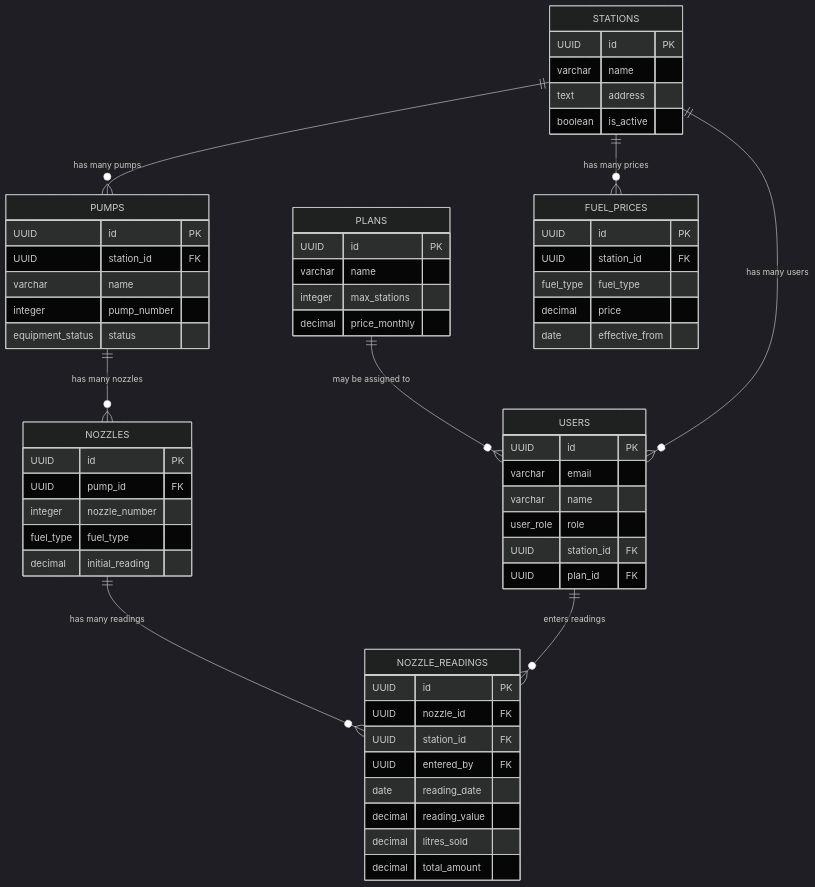
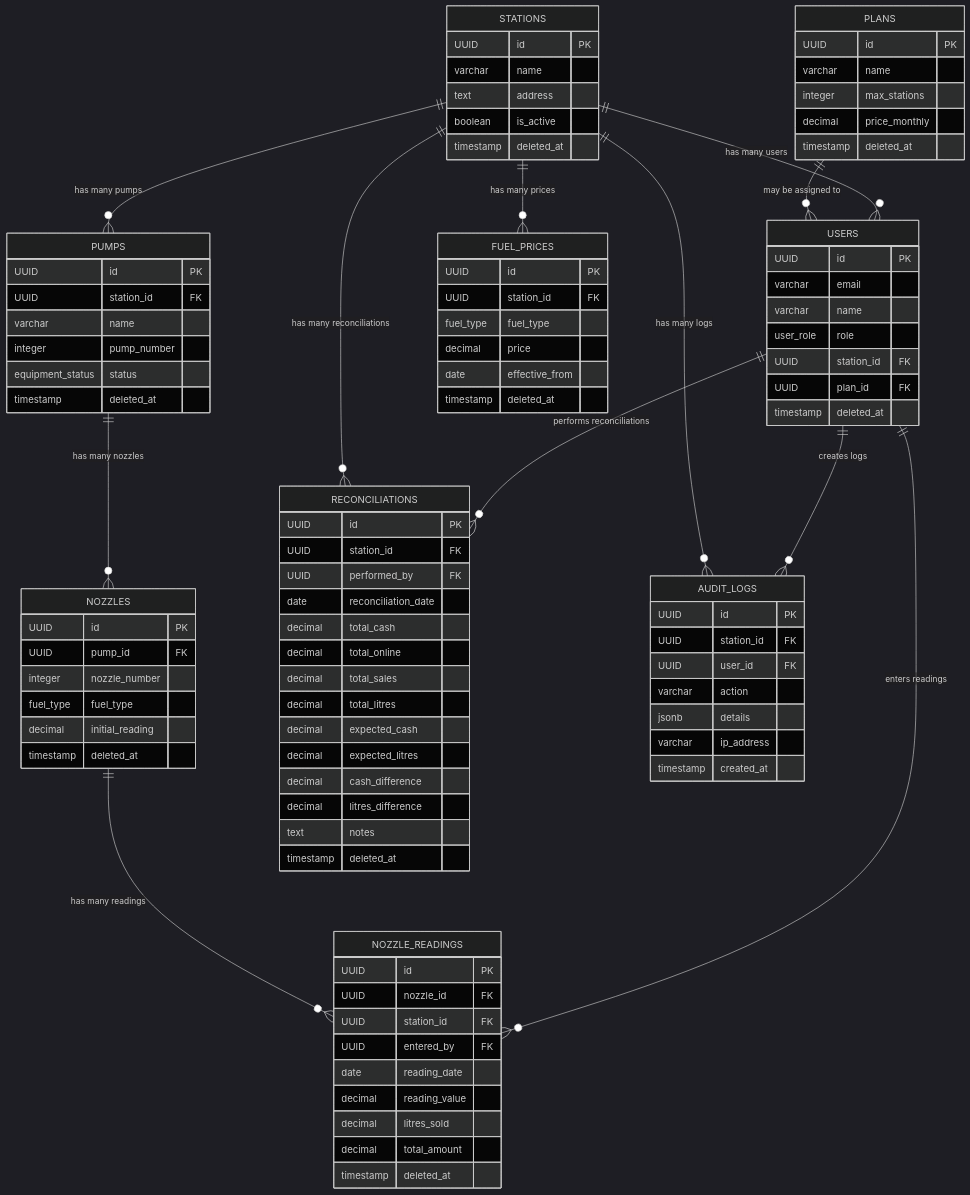
Before and after one commit to iamramakanthreddyk/fuelsync-new: the diagram in docs/ER_diagram.md, drawn with Mermaid (dark theme). The commit also changed other lines of this file and 18 other files, not shown here.

````diff
--- a/docs/ER_diagram.md
+++ b/docs/ER_diagram.md
@@ -5,6 +5,7 @@
         varchar name
         integer max_stations
         decimal price_monthly
+        timestamp deleted_at
     }
 
     STATIONS {
@@ -12,6 +13,7 @@
         varchar name
         text address
         boolean is_active
+        timestamp deleted_at
     }
 
     USERS {
@@ -21,6 +23,7 @@
         user_role role
         UUID station_id FK
         UUID plan_id FK
+        timestamp deleted_at
     }
 
     PUMPS {
@@ -29,6 +32,7 @@
         varchar name
         integer pump_number
         equipment_status status
+        timestamp deleted_at
     }
 
     NOZZLES {
@@ -37,6 +41,7 @@
         integer nozzle_number
         fuel_type fuel_type
         decimal initial_reading
+        timestamp deleted_at
     }
 
     FUEL_PRICES {
@@ -45,6 +50,7 @@
         fuel_type fuel_type
         decimal price
         date effective_from
+        timestamp deleted_at
     }
 
     NOZZLE_READINGS {
@@ -56,6 +62,34 @@
         decimal reading_value
         decimal litres_sold
         decimal total_amount
+        timestamp deleted_at
+    }
+
+    RECONCILIATIONS {
+        UUID id PK
+        UUID station_id FK
+        UUID performed_by FK
+        date reconciliation_date
+        decimal total_cash
+        decimal total_online
+        decimal total_sales
+        decimal total_litres
+        decimal expected_cash
+        decimal expected_litres
+        decimal cash_difference
+        decimal litres_difference
+        text notes
+        timestamp deleted_at
+    }
+
+    AUDIT_LOGS {
+        UUID id PK
+        UUID station_id FK
+        UUID user_id FK
+        varchar action
+        jsonb details
+        varchar ip_address
+        timestamp created_at
     }
 
     PLANS ||--o{ USERS : "may be assigned to"
@@ -65,9 +99,8 @@
     NOZZLES ||--o{ NOZZLE_READINGS : "has many readings"
     STATIONS ||--o{ FUEL_PRICES : "has many prices"
     USERS ||--o{ NOZZLE_READINGS : "enters readings"
-
-    %% Notes
-    %% - Ownership model: SQL uses users.station_id (each user optionally linked to one station).
-    %% - Docs mention many-to-many assignments (user_stations) and stations.owner_id which are NOT present in SQL.
-    %% - Additional tables referenced in docs (sales, tender_entries, daily_closure) are absent from the SQL schema.
+    STATIONS ||--o{ RECONCILIATIONS : "has many reconciliations"
+    USERS ||--o{ RECONCILIATIONS : "performs reconciliations"
+    STATIONS ||--o{ AUDIT_LOGS : "has many logs"
+    USERS ||--o{ AUDIT_LOGS : "creates logs"
 ```
````
